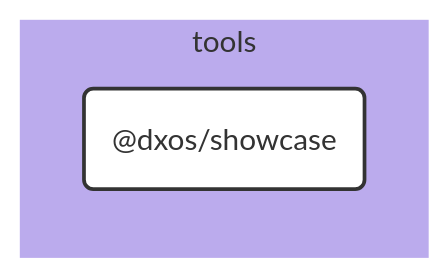
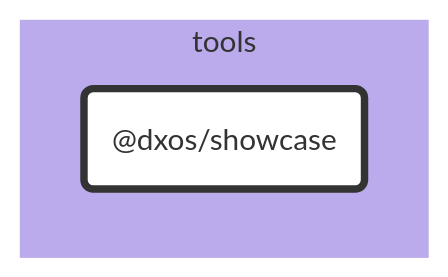
The diagram in tools/showcase/docs/README.md (dxos/dxos), drawn with Mermaid before and after one commit. The commit also changed 683 other files, not shown here.

````diff
--- a/tools/showcase/docs/README.md
+++ b/tools/showcase/docs/README.md
@@ -7,25 +7,20 @@
 ```mermaid
 %%{ init: {'flowchart':{'curve':'basis'}} }%%
 
 flowchart LR
 
-%% Links
+%% Classes
+classDef def fill:#fff,stroke:#333,stroke-width:1px
+classDef root fill:#fff,stroke:#333,stroke-width:4px
 
-%% Sections
-subgraph tools
-  style tools fill:#bbabed,stroke:#fff;
+%% Nodes
 
-  dxos/showcase("@dxos/showcase")
+subgraph tools [tools]
+  style tools fill:#bbabed,stroke:#fff
+  dxos/showcase("@dxos/showcase"):::root
+  click dxos/showcase "dxos/dxos/tree/main/tools/showcase/docs"
 end
 
-
-%% Hyperlinks
-
-%% Styles
-classDef rootNode fill:#fff,stroke:#333,stroke-width:2px
-classDef defaultNode fill:#fff,stroke:#333,stroke-width:1px
+%% Links
 linkStyle default stroke:#333,stroke-width:1px
-
-dxos/showcase:::rootNode
-
 ```
````
